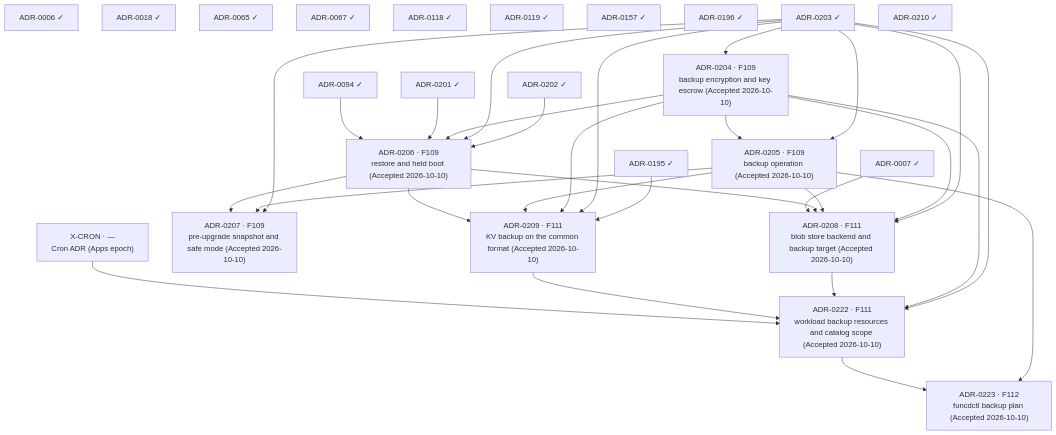
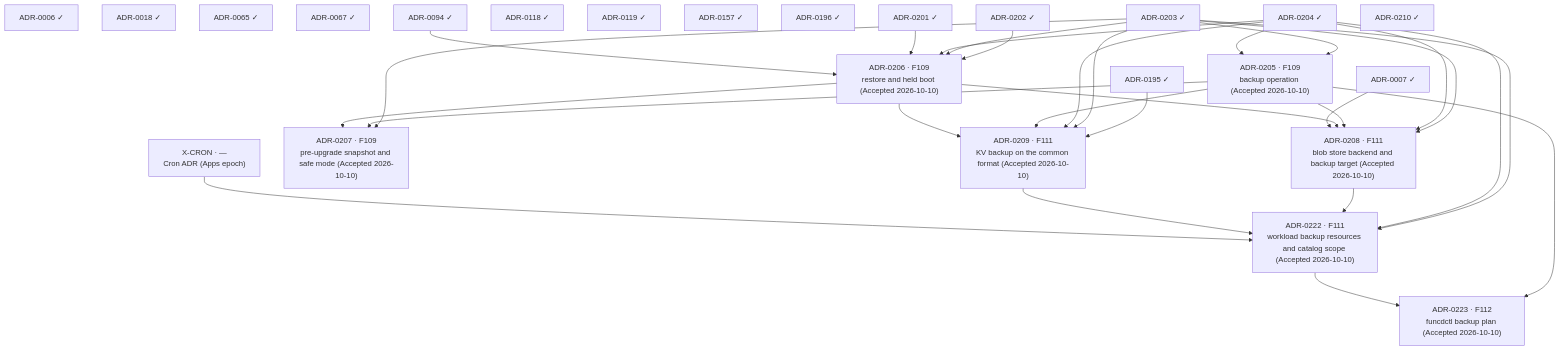
One commit to pyvvo/funcd changed the diagram in docs/roadmap/dr-delivery-plan.md. Above: the diagram before and after it, drawn with Mermaid. The commit also changed other lines of this file and 4 other files, not shown here.

````diff
--- a/docs/roadmap/dr-delivery-plan.md
+++ b/docs/roadmap/dr-delivery-plan.md
@@ -69,56 +68,55 @@
 ```mermaid
 flowchart TB
     ADR_0006["ADR-0006 ✓"]
     ADR_0007["ADR-0007 ✓"]
     ADR_0018["ADR-0018 ✓"]
     ADR_0065["ADR-0065 ✓"]
     ADR_0067["ADR-0067 ✓"]
     ADR_0094["ADR-0094 ✓"]
     ADR_0118["ADR-0118 ✓"]
     ADR_0119["ADR-0119 ✓"]
     ADR_0157["ADR-0157 ✓"]
     ADR_0195["ADR-0195 ✓"]
     ADR_0196["ADR-0196 ✓"]
     ADR_0201["ADR-0201 ✓"]
     ADR_0202["ADR-0202 ✓"]
     ADR_0203["ADR-0203 ✓"]
+    ADR_0204["ADR-0204 ✓"]
     ADR_0210["ADR-0210 ✓"]
     X_CRON["X-CRON · —<br/>Cron ADR (Apps epoch)"]
-    ADR_0204["ADR-0204 · F109<br/>backup encryption and key escrow (Accepted 2026-10-10)"]
     ADR_0205["ADR-0205 · F109<br/>backup operation (Accepted 2026-10-10)"]
     ADR_0206["ADR-0206 · F109<br/>restore and held boot (Accepted 2026-10-10)"]
     ADR_0207["ADR-0207 · F109<br/>pre-upgrade snapshot and safe mode (Accepted 2026-10-10)"]
     ADR_0208["ADR-0208 · F111<br/>blob store backend and backup target (Accepted 2026-10-10)"]
     ADR_0209["ADR-0209 · F111<br/>KV backup on the common format (Accepted 2026-10-10)"]
     ADR_0222["ADR-0222 · F111<br/>workload backup resources and catalog scope (Accepted 2026-10-10)"]
     ADR_0223["ADR-0223 · F112<br/>funcdctl backup plan (Accepted 2026-10-10)"]
 
-    ADR_0203 --> ADR_0204
     ADR_0203 --> ADR_0205
     ADR_0204 --> ADR_0205
     ADR_0202 --> ADR_0206
     ADR_0203 --> ADR_0206
     ADR_0204 --> ADR_0206
     ADR_0201 --> ADR_0206
     ADR_0094 --> ADR_0206
     ADR_0203 --> ADR_0207
     ADR_0205 --> ADR_0207
     ADR_0206 --> ADR_0207
     ADR_0203 --> ADR_0208
     ADR_0204 --> ADR_0208
     ADR_0205 --> ADR_0208
     ADR_0206 --> ADR_0208
     ADR_0007 --> ADR_0208
     ADR_0195 --> ADR_0209
     ADR_0203 --> ADR_0209
     ADR_0204 --> ADR_0209
     ADR_0205 --> ADR_0209
     ADR_0206 --> ADR_0209
     ADR_0203 --> ADR_0222
     ADR_0204 --> ADR_0222
     ADR_0208 --> ADR_0222
     ADR_0209 --> ADR_0222
     X_CRON --> ADR_0222
     ADR_0205 --> ADR_0223
     ADR_0222 --> ADR_0223
 ```
````
